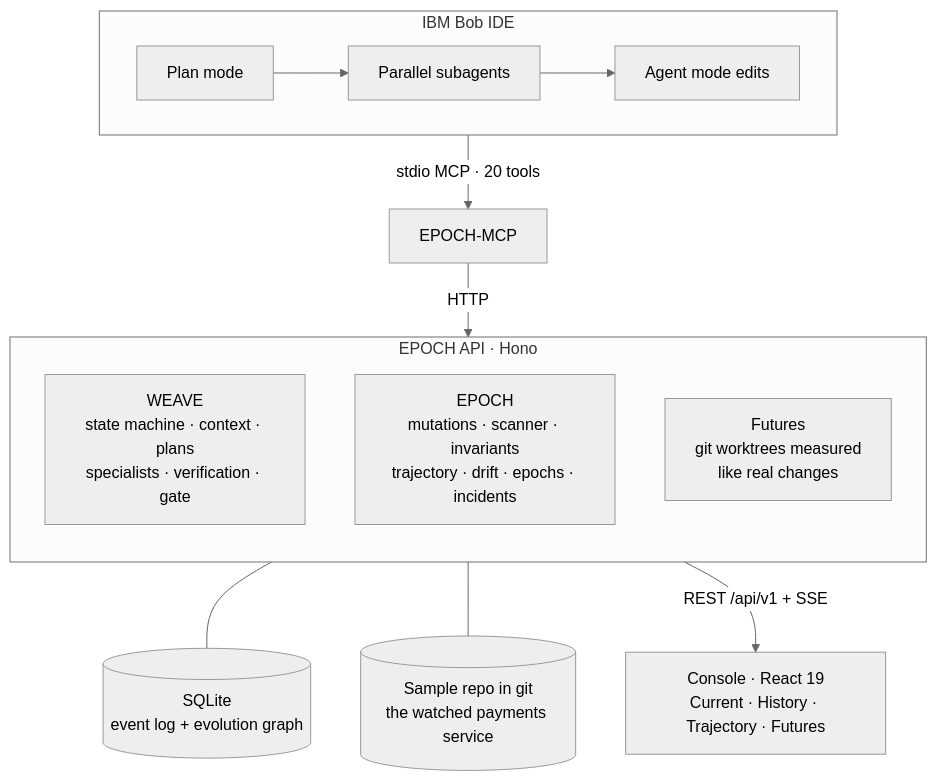
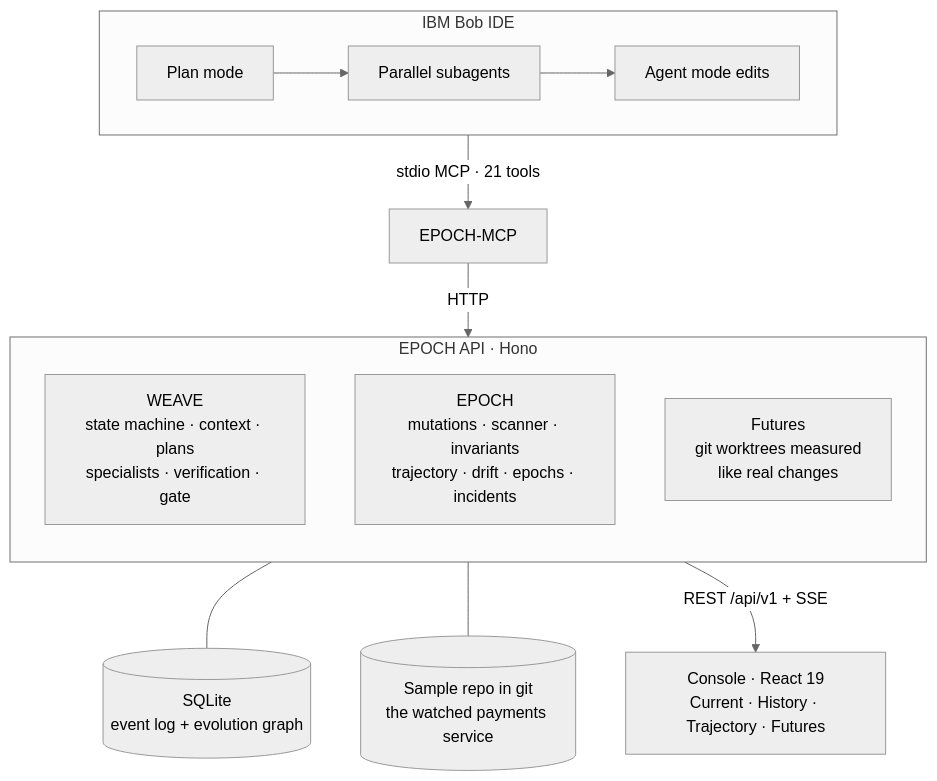
The fifth of 6 diagrams in README.md (Sarthaksulkhlan/epoch-software.evolution), drawn with Mermaid (neutral theme) before and after one commit. The commit also changed other lines of this file and 10 other files, not shown here.

````diff
--- a/README.md
+++ b/README.md
@@ -244,18 +245,18 @@
 ```mermaid
 flowchart TB
     subgraph BOB["IBM Bob IDE"]
         direction LR
         P["Plan mode"] --> S["Parallel subagents"] --> E["Agent mode edits"]
     end
-    BOB -- "stdio MCP · 20 tools" --> MCP["EPOCH-MCP"]
+    BOB -- "stdio MCP · 21 tools" --> MCP["EPOCH-MCP"]
     MCP -- "HTTP" --> API
     subgraph API["EPOCH API · Hono"]
         direction TB
         W["WEAVE<br/>state machine · context · plans<br/>specialists · verification · gate"]
         EV["EPOCH<br/>mutations · scanner · invariants<br/>trajectory · drift · epochs · incidents"]
         F["Futures<br/>git worktrees measured<br/>like real changes"]
     end
     API --- DB[("SQLite<br/>event log + evolution graph")]
     API --- REPO[("Sample repo in git<br/>the watched payments service")]
     API -- "REST /api/v1 + SSE" --> UI["Console · React 19<br/>Current · History · Trajectory · Futures"]
 ```
````
